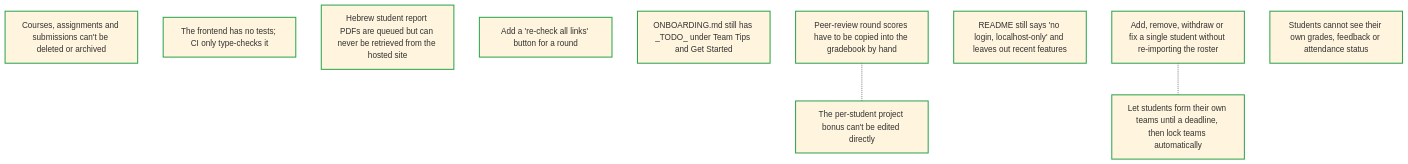
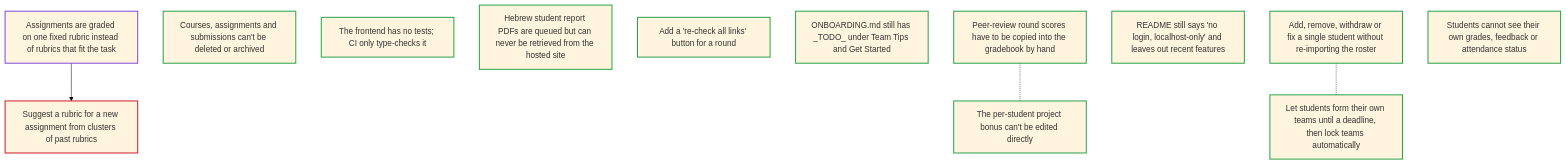
Before and after one commit to gald33/course-grader: the diagram in roadmap/ROADMAP.md, drawn with Mermaid (base theme). The commit also changed other lines of this file and 28 other files, not shown here.

````diff
--- a/roadmap/ROADMAP.md
+++ b/roadmap/ROADMAP.md
@@ -45,22 +50,25 @@
 ```mermaid
 graph TD
   classDef ready stroke:#2da44e,stroke-width:2px
   classDef deferred stroke:#9a6700,stroke-width:1px,stroke-dasharray:4 3
   classDef blocked stroke:#cf222e,stroke-width:2px
   classDef claimed stroke:#8250df,stroke-width:2px
   classDef verifying stroke:#0969da,stroke-width:2px,stroke-dasharray:6 3
   classDef done stroke:#8c959f,stroke-width:1px,stroke-dasharray:5 4
+  assignments_need_custom_rubrics["Assignments are graded on one fixed rubric instead of rubrics that fit the task"]:::claimed
   courses_and_submissions_cannot_be_deleted["Courses, assignments and submissions can't be deleted or archived"]:::ready
   frontend_has_no_tests["The frontend has no tests; CI only type-checks it"]:::ready
   hebrew_report_pdfs_cannot_be_downloaded["Hebrew student report PDFs are queued but can never be retrieved from the hosted site"]:::ready
   no_button_to_recheck_site_links["Add a 're-check all links' button for a round"]:::ready
   onboarding_guide_has_todo_sections["ONBOARDING.md still has _TODO_ under Team Tips and Get Started"]:::ready
   peer_round_scores_never_reach_the_gradebook["Peer-review round scores have to be copied into the gradebook by hand"]:::ready
   project_bonus_has_no_editor["The per-student project bonus can't be edited directly"]:::ready
   readme_describes_a_localhost_only_app["README still says 'no login, localhost-only' and leaves out recent features"]:::ready
   roster_cannot_be_edited_per_student["Add, remove, withdraw or fix a single student without re-importing the roster"]:::ready
   students_cannot_see_their_own_grades["Students cannot see their own grades, feedback or attendance status"]:::ready
+  suggest_rubrics_per_assignment_from_clusters["Suggest a rubric for a new assignment from clusters of past rubrics"]:::blocked
   team_formation_closes_at_a_deadline["Let students form their own teams until a deadline, then lock teams automatically"]:::ready
+  assignments_need_custom_rubrics --> suggest_rubrics_per_assignment_from_clusters
   peer_round_scores_never_reach_the_gradebook -.- project_bonus_has_no_editor
   roster_cannot_be_edited_per_student -.- team_formation_closes_at_a_deadline
 ```
````
